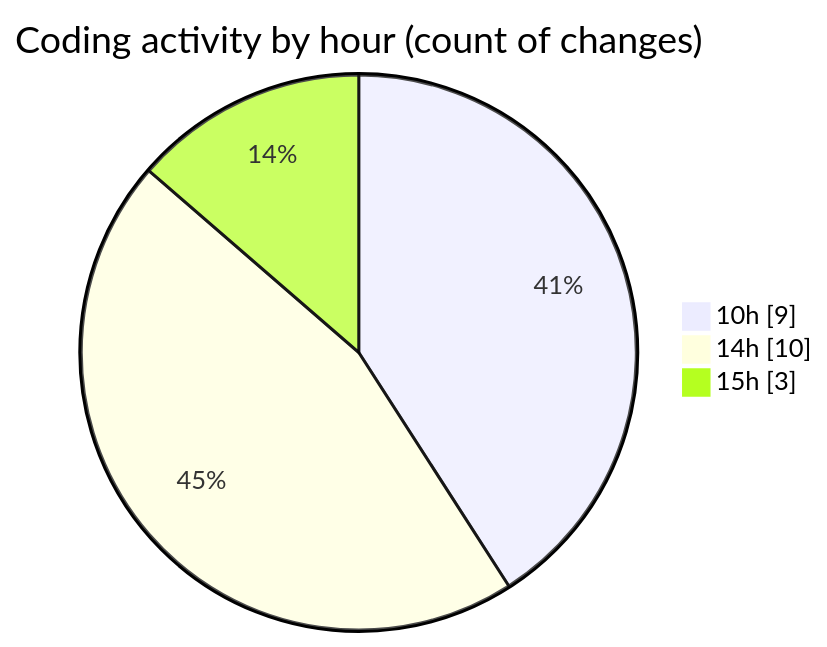
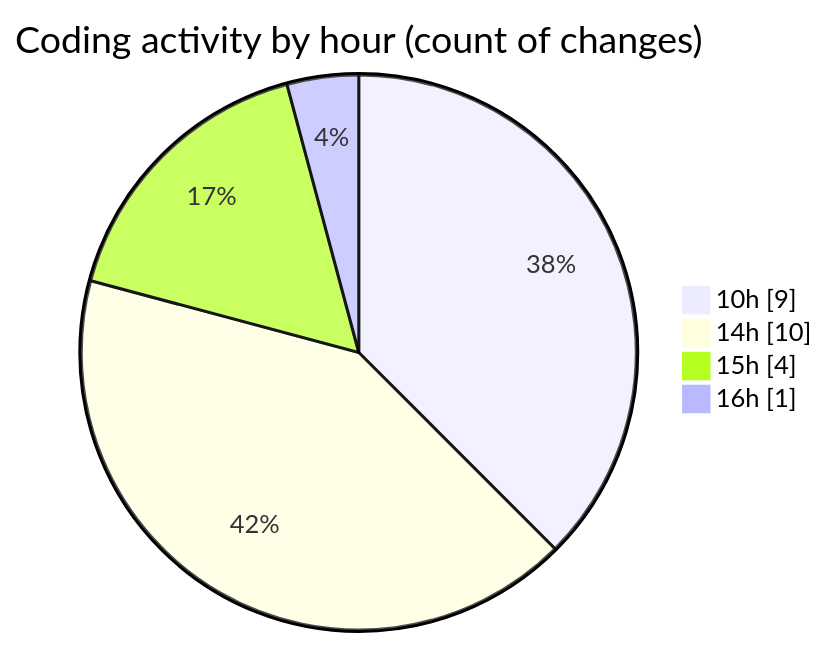
One commit to nxtqubesakshisongat/code-tracking changed the second of 2 diagrams in 2026-02-26/nxtqube_webapp/README.md. Above: the diagram before and after it, drawn with Mermaid. The commit also changed other lines of this file and 1 other file, not shown here.

````diff
--- a/2026-02-26/nxtqube_webapp/README.md
+++ b/2026-02-26/nxtqube_webapp/README.md
@@ -42,7 +42,8 @@
 ```mermaid
 pie showData
 title Coding activity by hour (count of changes)
 "10h" : 9
 "14h" : 10
-"15h" : 3
+"15h" : 4
+"16h" : 1
 ```
````
